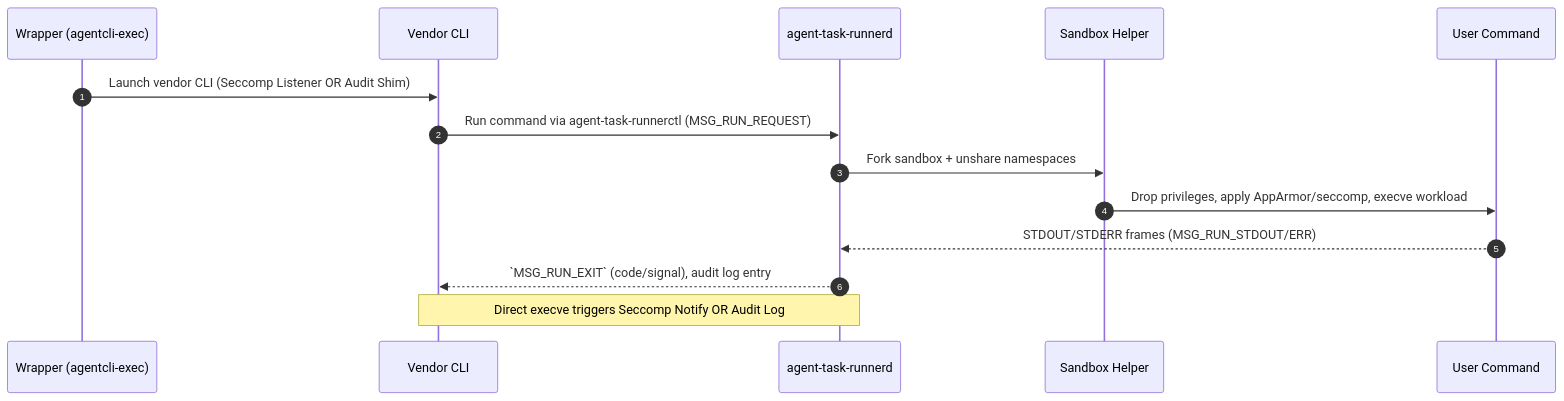
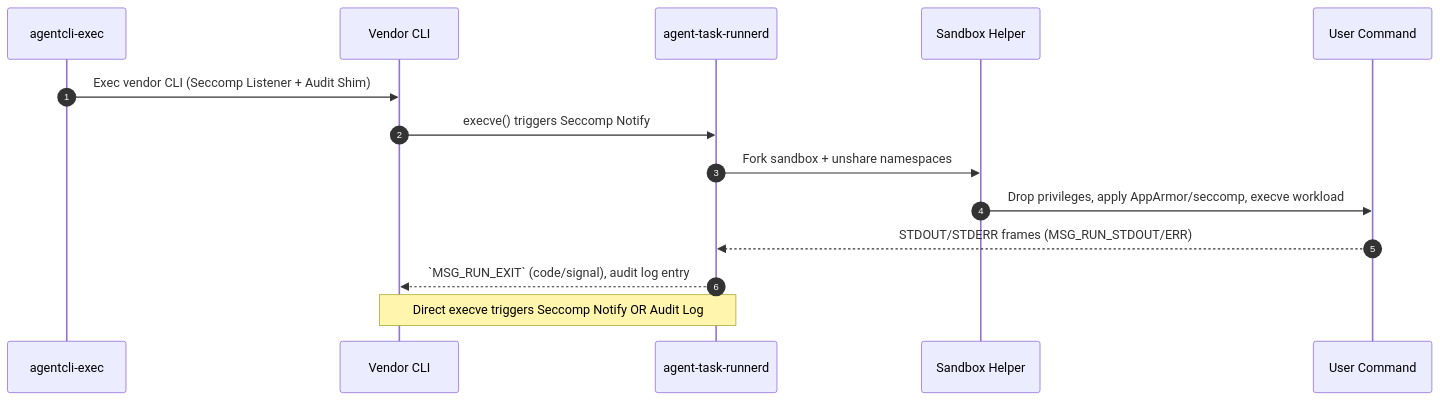
Before and after one commit to novotnyllc/ContainAI: the diagram in docs/security/agent-task-runner.md, drawn with Mermaid. The commit also changed other lines of this file and 38 other files, not shown here.

````diff
--- a/docs/security/agent-task-runner.md
+++ b/docs/security/agent-task-runner.md
@@ -37,17 +36,17 @@
 ```mermaid
 sequenceDiagram
     autonumber
-    participant W as Wrapper (agentcli-exec)
+    participant W as agentcli-exec
     participant C as Vendor CLI
     participant R as agent-task-runnerd
     participant S as Sandbox Helper
     participant U as User Command
 
-    W->>C: Launch vendor CLI (Seccomp Listener OR Audit Shim)
-    C->>R: Run command via agent-task-runnerctl (MSG_RUN_REQUEST)
+    W->>C: Exec vendor CLI (Seccomp Listener + Audit Shim)
+    C->>R: execve() triggers Seccomp Notify
     R->>S: Fork sandbox + unshare namespaces
     S->>U: Drop privileges, apply AppArmor/seccomp, execve workload
     U-->>R: STDOUT/STDERR frames (MSG_RUN_STDOUT/ERR)
     R-->>C: `MSG_RUN_EXIT` (code/signal), audit log entry
     Note over C,R: Direct execve triggers Seccomp Notify OR Audit Log
 ```
````
